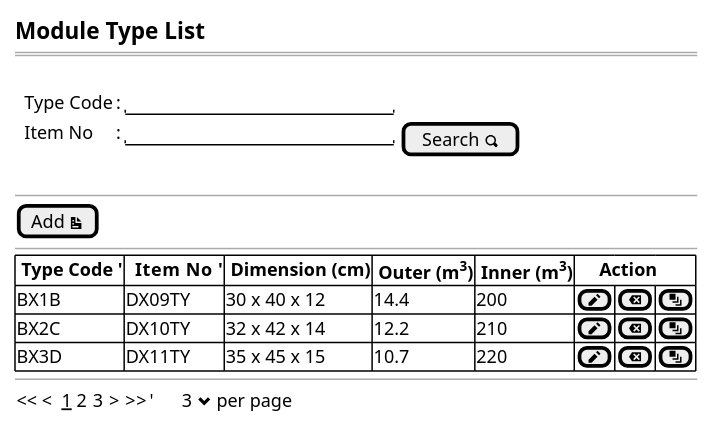
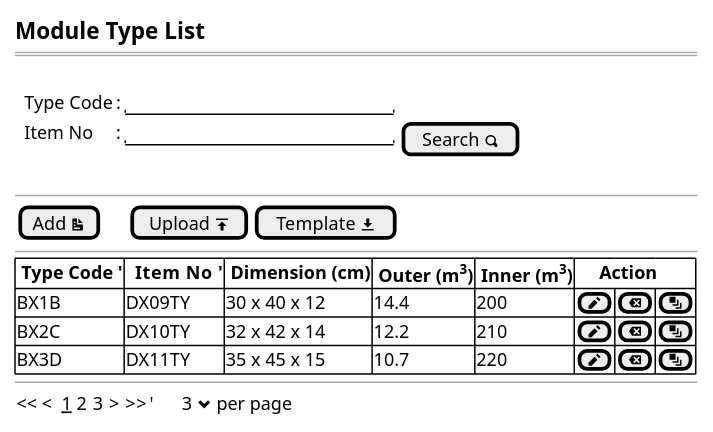
Before and after one commit to ari-fikri/packing-cost-mockup: the diagram in Module Type/module type - list.puml, drawn with PlantUML. The commit also changed 6 other files, not shown here.

Commit message:
Add button Download Template and Upload files button for Bulk Upload feature.

```diff
--- a/Module Type/module type - list.puml
+++ b/Module Type/module type - list.puml
@@ -1,26 +1,28 @@
 @startsalt
 {
   <size:15><b>Module Type List
   ==
   .
   {
       .|Type Code    |: |"                      "|*
       .|Item No      |: |"                      "| [Search <&magnifying-glass>] |*      
 
   }
   .
   --
-  [Add <&document>]
+  {
+  [Add <&document>]|.|.|.|[Upload <&data-transfer-upload>]| [Template <&data-transfer-download>]|*
+  }
   --
   {#
     |<b> Type Code '|<b>  Item No  '|<b> Dimension (cm)  |<b> Outer (m<sup>3</sup>)   |<b> Inner (m<sup>3</sup>)   |<b>     Action |*|*|*
     | BX1B          | DX09TY        | 30 x 40 x 12       | 14.4                       | 200                        | [<&pencil>]|[<&delete>]|[<&layers>]|*
     | BX2C          | DX10TY        | 32 x 42 x 14       | 12.2                       | 210                        | [<&pencil>]|[<&delete>]|[<&layers>]|*
     | BX3D          | DX11TY        | 35 x 45 x 15       | 10.7                       | 220                        | [<&pencil>]|[<&delete>]|[<&layers>]|*
   }
   --
   {
   << <  __1__ 2 3  > >>  |'      3 <&chevron-bottom> per page |*
   }
 }
 @endsalt
```
